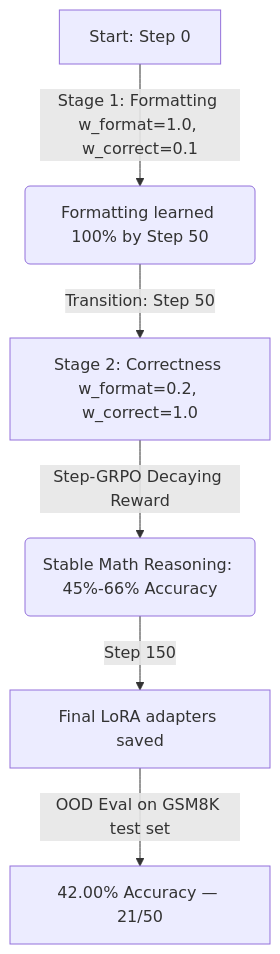
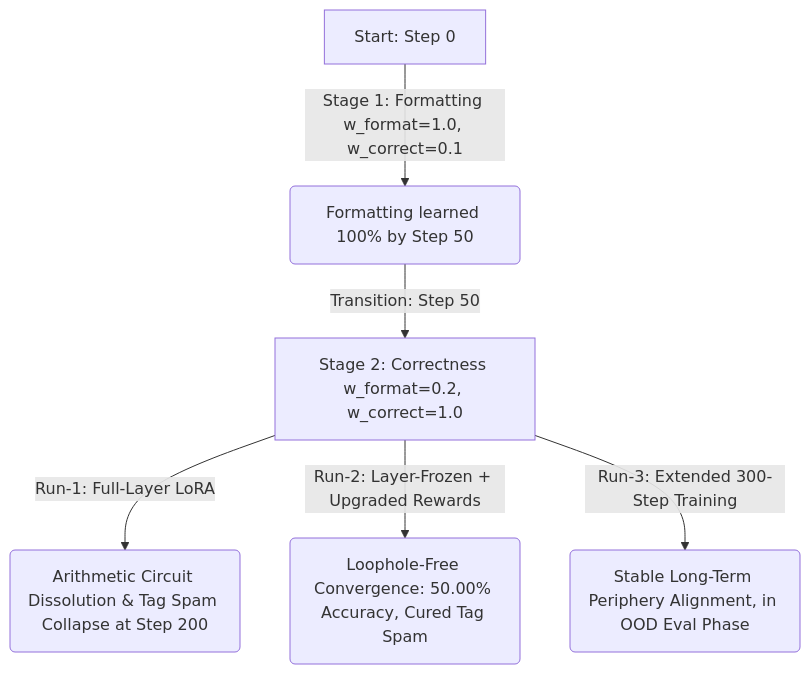
The diagram in findings/Phase 4/phase4_findings.md (Alethia-Research/CNA-CAA-Research), drawn with Mermaid before and after one commit. The commit also changed other lines of this file and 26 other files, not shown here.

````diff
--- a/findings/Phase 4/phase4_findings.md
+++ b/findings/Phase 4/phase4_findings.md
@@ -35,8 +39,8 @@
 ```mermaid
 graph TD
     A[Start: Step 0] -->|Stage 1: Formatting w_format=1.0, w_correct=0.1| B(Formatting learned 100% by Step 50)
     B -->|Transition: Step 50| C[Stage 2: Correctness w_format=0.2, w_correct=1.0]
-    C -->|Step-GRPO Decaying Reward| D(Stable Math Reasoning: 45%-66% Accuracy)
-    D -->|Step 150| E[Final LoRA adapters saved]
-    E -->|OOD Eval on GSM8K test set| F[42.00% Accuracy — 21/50]
+    C -->|Run-1: Full-Layer LoRA| D(Arithmetic Circuit Dissolution & Tag Spam Collapse at Step 200)
+    C -->|Run-2: Layer-Frozen + Upgraded Rewards| E(Loophole-Free Convergence: 50.00% Accuracy, Cured Tag Spam)
+    C -->|Run-3: Extended 300-Step Training| F(Stable Long-Term Periphery Alignment, in OOD Eval Phase)
 ```
````
